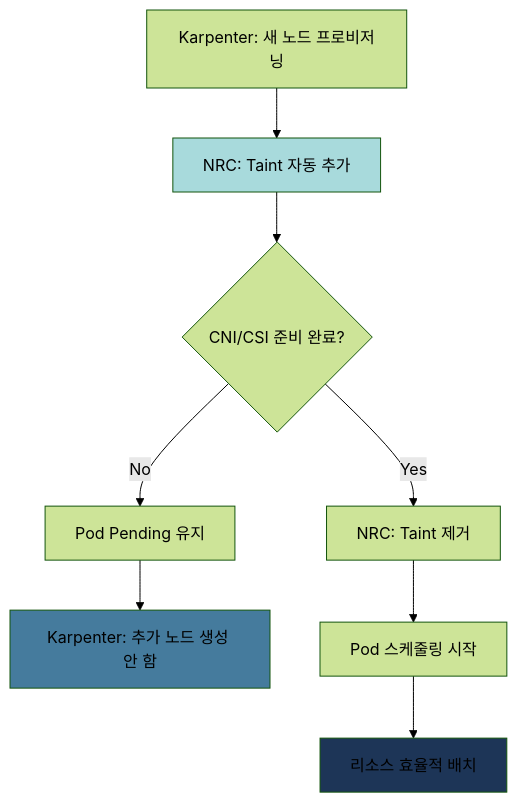
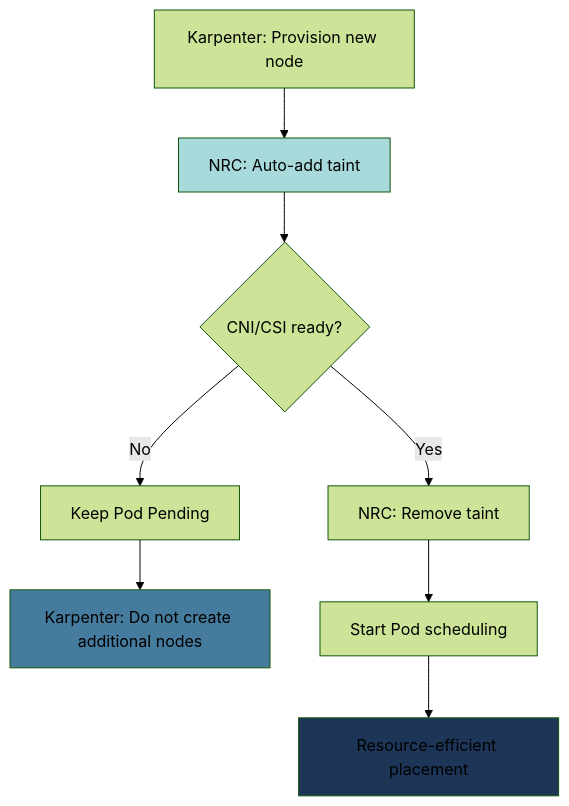
Before and after one commit to devfloor9/engineering-playbook: the seventh of 16 diagrams in i18n/en/docusaurus-plugin-content-docs/current/eks-best-practices/resource-cost/eks-resource-optimization.md, drawn with Mermaid (forest theme). The commit also changed other lines of this file, not shown here.

Commit message:
docs(i18n/en): complete eks-resource-optimization.md translation (1356 Korean lines)

````diff
--- a/i18n/en/docusaurus-plugin-content-docs/current/eks-best-practices/resource-cost/eks-resource-optimization.md
+++ b/i18n/en/docusaurus-plugin-content-docs/current/eks-best-practices/resource-cost/eks-resource-optimization.md
@@ -2235,14 +2235,14 @@
 ```mermaid
 graph TB
-    A[Karpenter: 새 노드 프로비저닝] --> B[NRC: Taint 자동 추가]
-    B --> C{CNI/CSI 준비 완료?}
-    C -->|No| D[Pod Pending 유지]
-    D --> E[Karpenter: 추가 노드 생성 안 함]
-    C -->|Yes| F[NRC: Taint 제거]
-    F --> G[Pod 스케줄링 시작]
-    G --> H[리소스 효율적 배치]
+    A[Karpenter: Provision new node] --> B[NRC: Auto-add taint]
+    B --> C{CNI/CSI ready?}
+    C -->|No| D[Keep Pod Pending]
+    D --> E[Karpenter: Do not create additional nodes]
+    C -->|Yes| F[NRC: Remove taint]
+    F --> G[Start Pod scheduling]
+    G --> H[Resource-efficient placement]
 
     style B fill:#a8dadc
     style E fill:#457b9d
     style H fill:#1d3557
 ```
````
